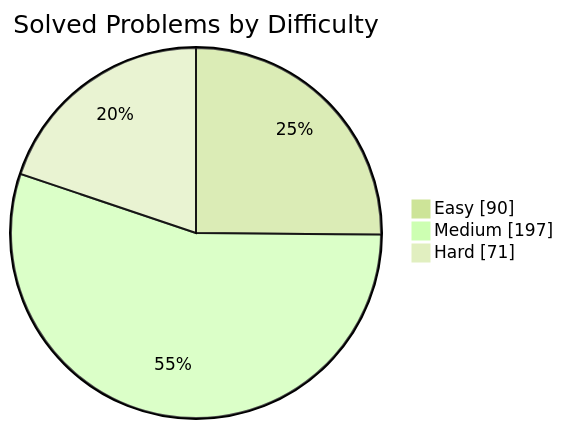
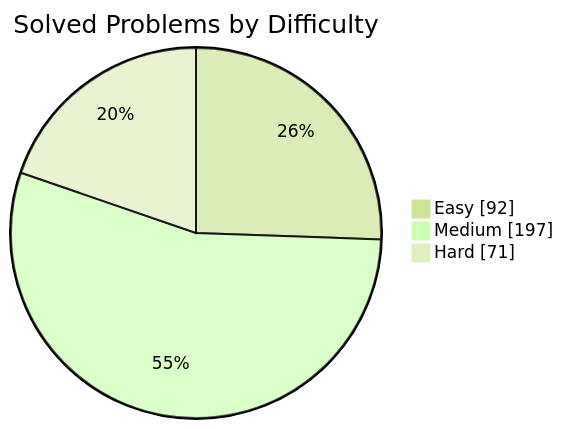
One commit to manikantbindass/DSA-Preparation-FAANG changed the first of 2 diagrams in README.md. Above: the diagram before and after it, drawn with Mermaid (forest theme). The commit also changed other lines of this file and 1 other file, not shown here.

````diff
--- a/README.md
+++ b/README.md
@@ -77,7 +77,7 @@
 ```mermaid
 pie showData
     title Solved Problems by Difficulty
-    "Easy" : 90
+    "Easy" : 92
     "Medium" : 197
     "Hard" : 71
 ```
````
